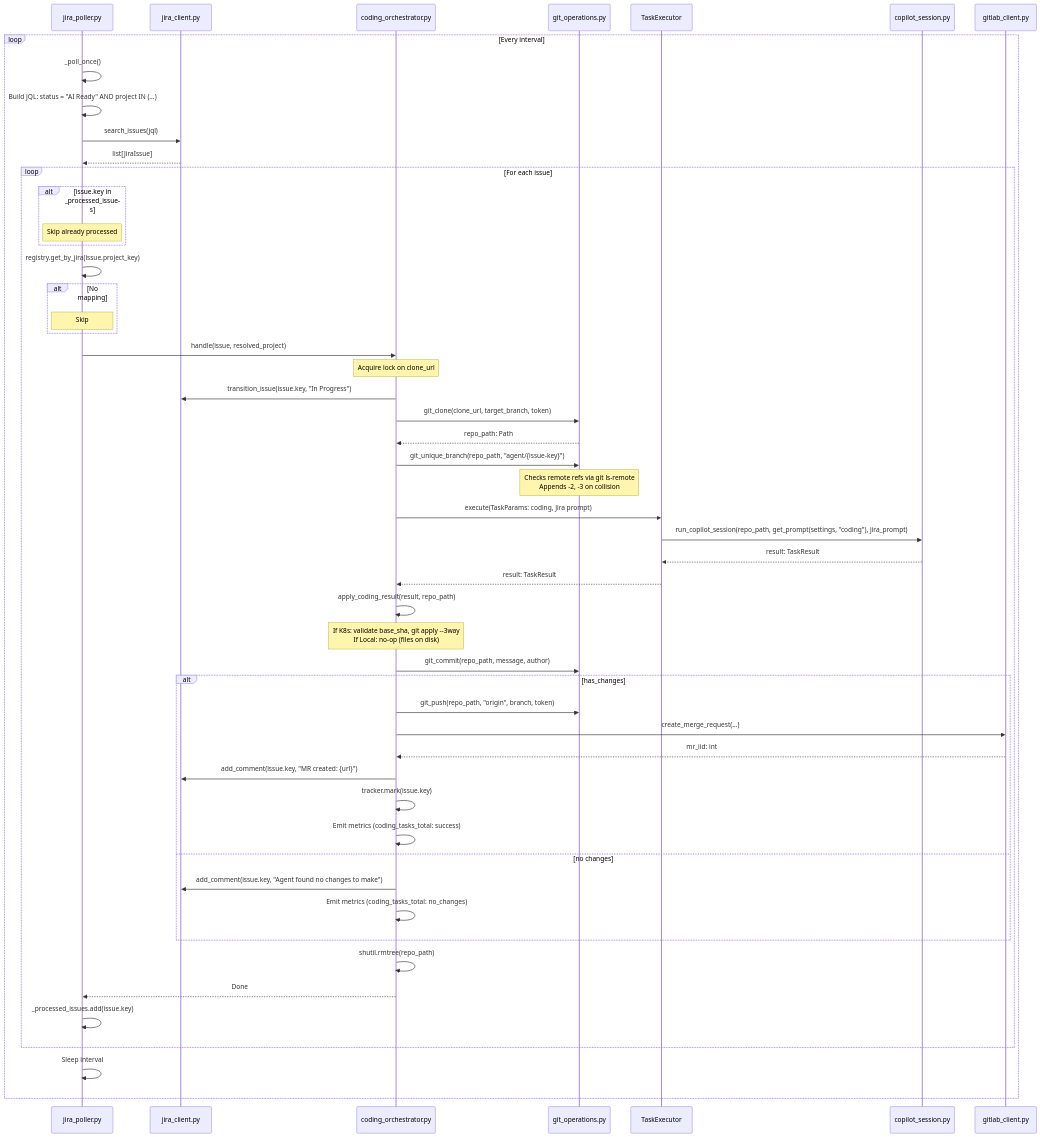
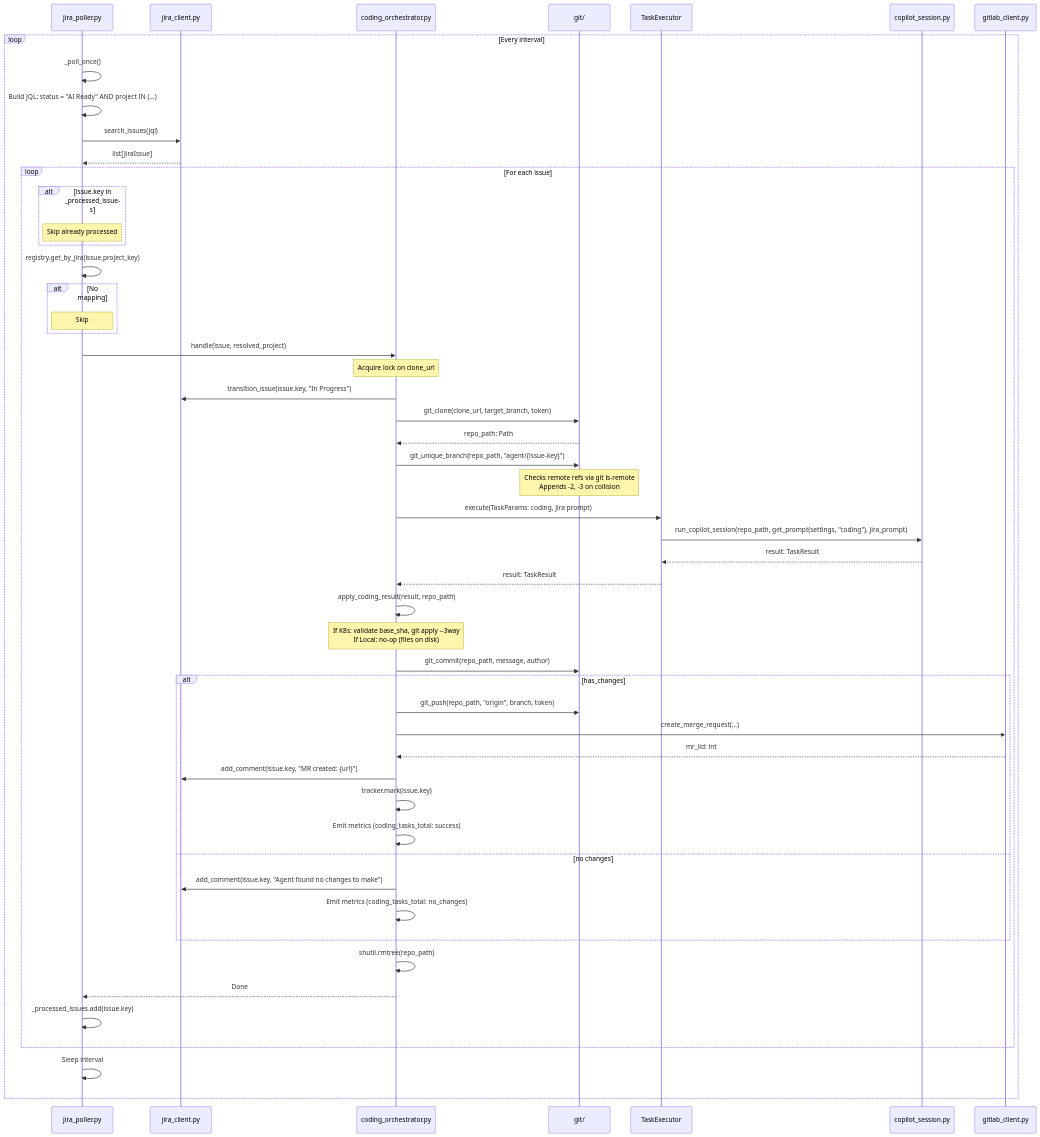
The fifth of 5 diagrams in docs/wiki/request-flows.md (peteroden/gitlab-copilot-agent), drawn with Mermaid before and after one commit. The commit also changed other lines of this file and 44 other files, not shown here.

````diff
--- a/docs/wiki/request-flows.md
+++ b/docs/wiki/request-flows.md
@@ -314,67 +314,67 @@
 ```mermaid
 sequenceDiagram
     participant POLL as jira_poller.py
     participant JCL as jira_client.py
     participant CODING as coding_orchestrator.py
-    participant GIT as git_operations.py
+    participant GIT as git/
     participant EXEC as TaskExecutor
     participant COP as copilot_session.py
     participant GLCL as gitlab_client.py
     
     loop Every interval
         POLL->>POLL: _poll_once()
         POLL->>POLL: Build JQL: status = "AI Ready" AND project IN (...)
         POLL->>JCL: search_issues(jql)
         JCL-->>POLL: list[JiraIssue]
         
         loop For each issue
             alt issue.key in _processed_issues
                 Note over POLL: Skip already processed
             end
             
             POLL->>POLL: registry.get_by_jira(issue.project_key)
             alt No mapping
                 Note over POLL: Skip
             end
             
             POLL->>CODING: handle(issue, resolved_project)
             
             Note over CODING: Acquire lock on clone_url
             
             CODING->>JCL: transition_issue(issue.key, "In Progress")
             CODING->>GIT: git_clone(clone_url, target_branch, token)
             GIT-->>CODING: repo_path: Path
             
             CODING->>GIT: git_unique_branch(repo_path, "agent/{issue-key}")
             Note over GIT: Checks remote refs via git ls-remote<br/>Appends -2, -3 on collision
             
             CODING->>EXEC: execute(TaskParams: coding, Jira prompt)
             EXEC->>COP: run_copilot_session(repo_path, get_prompt(settings, "coding"), jira_prompt)
             COP-->>EXEC: result: TaskResult
             EXEC-->>CODING: result: TaskResult
             
             CODING->>CODING: apply_coding_result(result, repo_path)
             Note over CODING: If K8s: validate base_sha, git apply --3way<br/>If Local: no-op (files on disk)
             
             CODING->>GIT: git_commit(repo_path, message, author)
             alt has_changes
                 CODING->>GIT: git_push(repo_path, "origin", branch, token)
                 CODING->>GLCL: create_merge_request(...)
                 GLCL-->>CODING: mr_iid: int
                 CODING->>JCL: add_comment(issue.key, "MR created: {url}")
                 CODING->>CODING: tracker.mark(issue.key)
                 CODING->>CODING: Emit metrics (coding_tasks_total: success)
             else no changes
                 CODING->>JCL: add_comment(issue.key, "Agent found no changes to make")
                 CODING->>CODING: Emit metrics (coding_tasks_total: no_changes)
             end
             
             CODING->>CODING: shutil.rmtree(repo_path)
             CODING-->>POLL: Done
             
             POLL->>POLL: _processed_issues.add(issue.key)
         end
         
         POLL->>POLL: Sleep interval
     end
 ```
````
